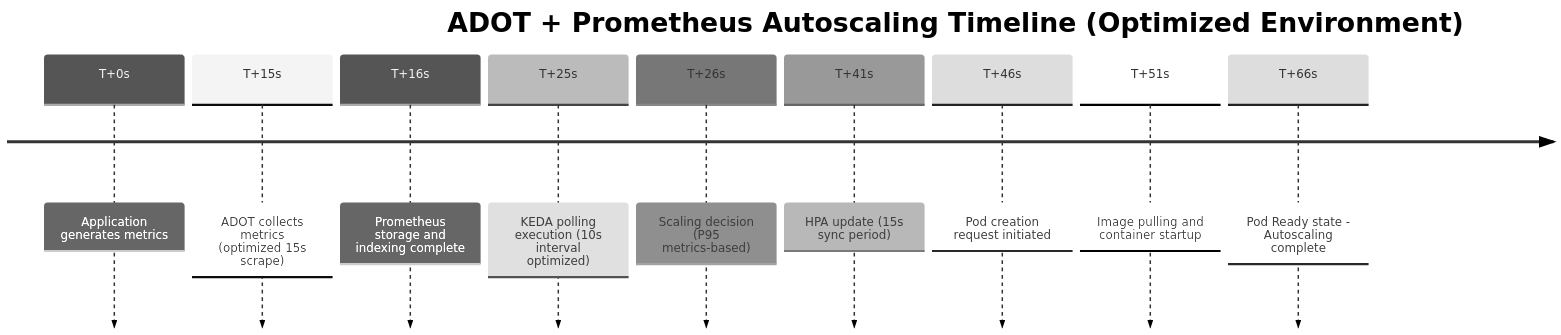
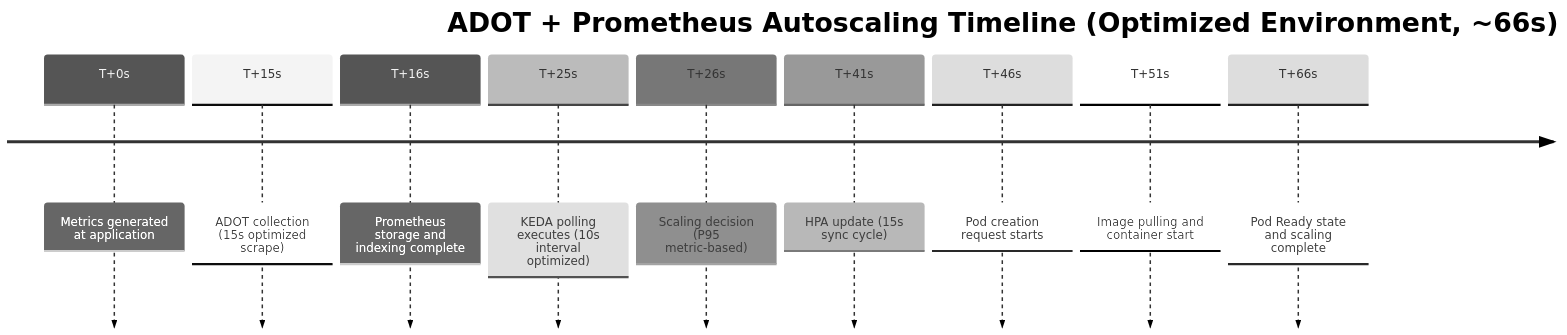
The seventh of 33 diagrams in i18n/en/docusaurus-plugin-content-docs/current/infrastructure-optimization/karpenter-autoscaling.md (devfloor9/engineering-playbook), drawn with Mermaid (neutral theme) before and after one commit. The commit also changed other lines of this file and 43 other files, not shown here.

````diff
--- a/i18n/en/docusaurus-plugin-content-docs/current/infrastructure-optimization/karpenter-autoscaling.md
+++ b/i18n/en/docusaurus-plugin-content-docs/current/infrastructure-optimization/karpenter-autoscaling.md
@@ -218,14 +462,14 @@
 ```mermaid
 timeline
-    title ADOT + Prometheus Autoscaling Timeline (Optimized Environment)
+    title ADOT + Prometheus Autoscaling Timeline (Optimized Environment, ~66s)
 
-    T+0s   : Application generates metrics
-    T+15s  : ADOT collects metrics (optimized 15s scrape)
+    T+0s   : Metrics generated at application
+    T+15s  : ADOT collection (15s optimized scrape)
     T+16s  : Prometheus storage and indexing complete
-    T+25s  : KEDA polling execution (10s interval optimized)
-    T+26s  : Scaling decision (P95 metrics-based)
-    T+41s  : HPA update (15s sync period)
-    T+46s  : Pod creation request initiated
-    T+51s  : Image pulling and container startup
-    T+66s  : Pod Ready state - Autoscaling complete
+    T+25s  : KEDA polling executes (10s interval optimized)
+    T+26s  : Scaling decision (P95 metric-based)
+    T+41s  : HPA update (15s sync cycle)
+    T+46s  : Pod creation request starts
+    T+51s  : Image pulling and container start
+    T+66s  : Pod Ready state and scaling complete
 ```
````
